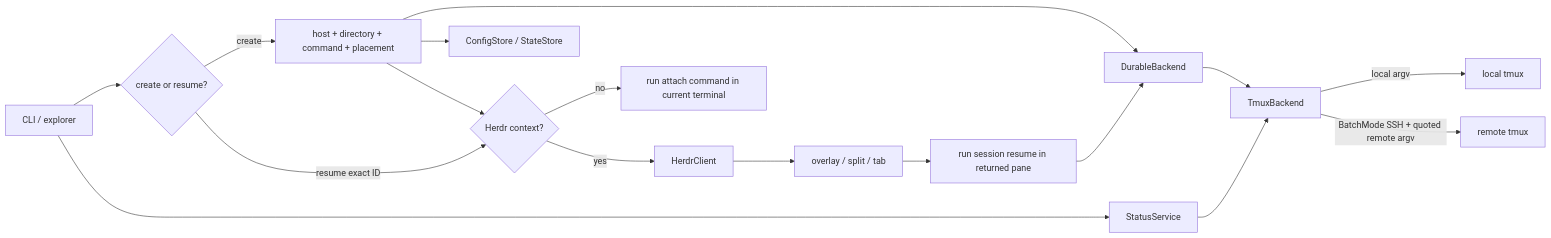
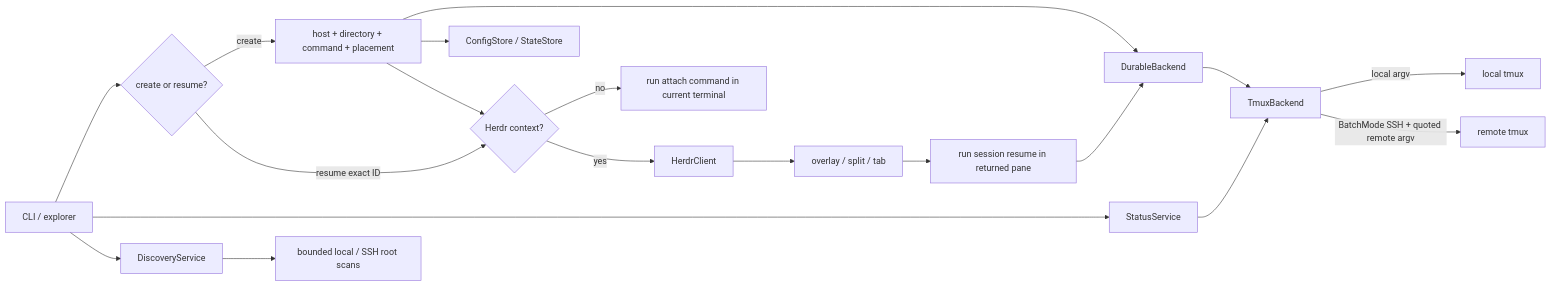
The first of 2 diagrams in docs/architecture.md (moneycaringcoder/herdr-tether), drawn with Mermaid before and after one commit. The commit also changed other lines of this file and 10 other files, not shown here.

````diff
--- a/docs/architecture.md
+++ b/docs/architecture.md
@@ -21,19 +21,21 @@
 ```mermaid
 flowchart LR
     CLI[CLI / explorer] --> Intent{create or resume?}
     CLI --> Status[StatusService]
+    CLI --> Discovery[DiscoveryService]
+    Discovery --> Roots[bounded local / SSH root scans]
     Status --> Tmux
     Intent -->|create| Select[host + directory + command + placement]
     Select --> Durable[DurableBackend]
     Durable --> Tmux[TmuxBackend]
     Tmux -->|local argv| Local[local tmux]
     Tmux -->|BatchMode SSH + quoted remote argv| Remote[remote tmux]
     Select --> Store[ConfigStore / StateStore]
     Intent -->|resume exact ID| Context
     Select --> Context{Herdr context?}
     Context -->|no| Attach[run attach command in current terminal]
     Context -->|yes| Herdr[HerdrClient]
     Herdr --> Pane[overlay / split / tab]
     Pane --> Resume[run session resume in returned pane]
     Resume --> Durable
 ```
````
